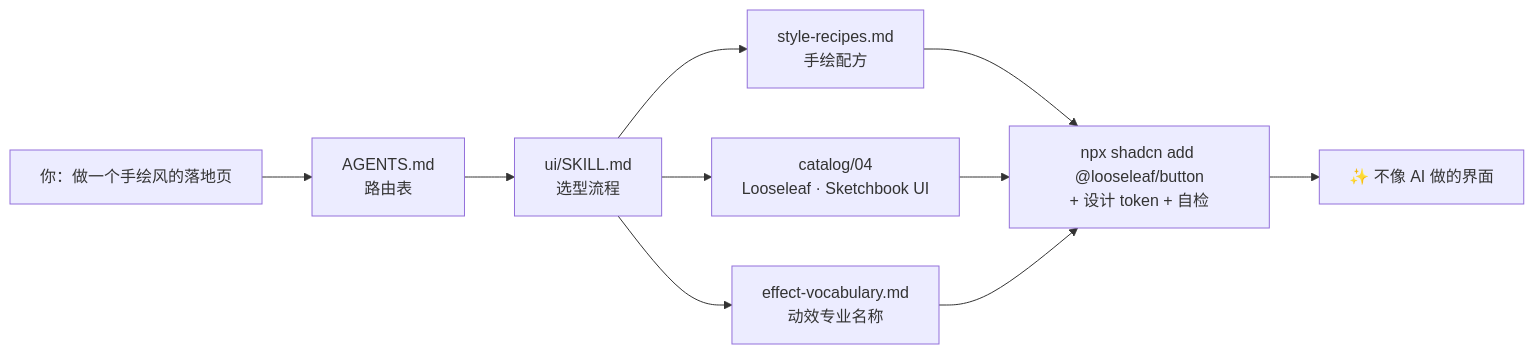
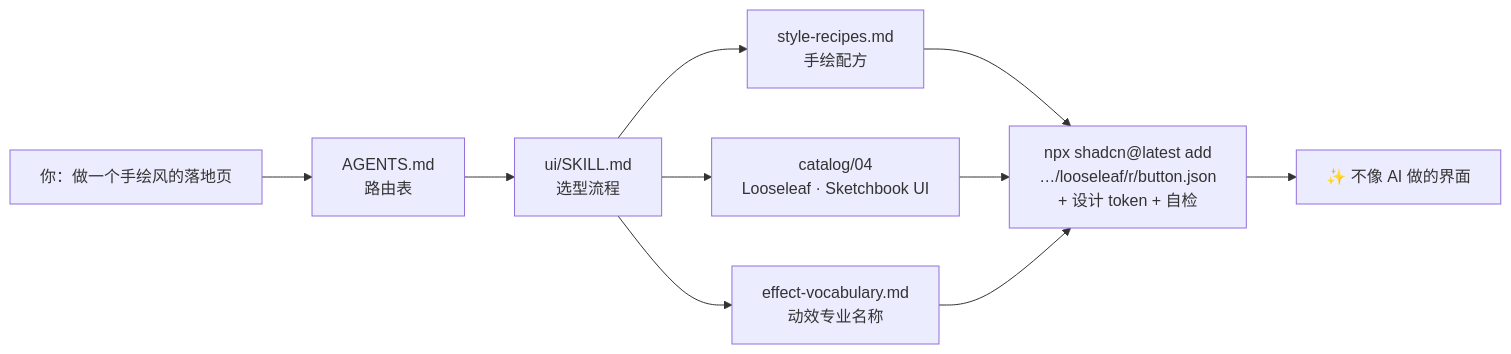
The diagram in README.md (Horace-Maxwell/ai-master-prompt), drawn with Mermaid before and after one commit. The commit also changed other lines of this file and 47 other files, not shown here.

````diff
--- a/README.md
+++ b/README.md
@@ -43,10 +47,10 @@
 ```mermaid
 flowchart LR
     A["你：做一个手绘风的落地页"] --> B["AGENTS.md<br/>路由表"]
     B --> C["ui/SKILL.md<br/>选型流程"]
     C --> D["style-recipes.md<br/>手绘配方"]
     C --> E["catalog/04<br/>Looseleaf · Sketchbook UI"]
     C --> F["effect-vocabulary.md<br/>动效专业名称"]
-    D & E & F --> G["npx shadcn add @looseleaf/button<br/>+ 设计 token + 自检"]
+    D & E & F --> G["npx shadcn@latest add<br/>…/looseleaf/r/button.json<br/>+ 设计 token + 自检"]
     G --> H["✨ 不像 AI 做的界面"]
 ```
````
